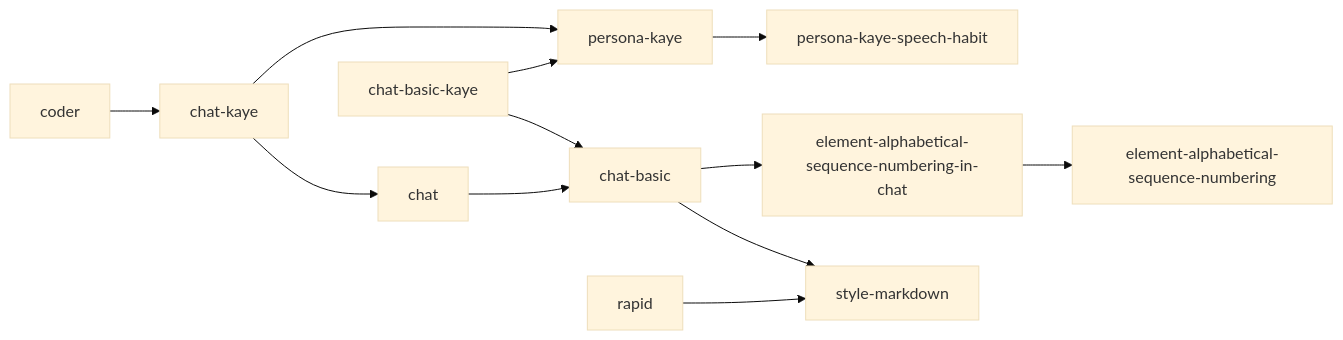
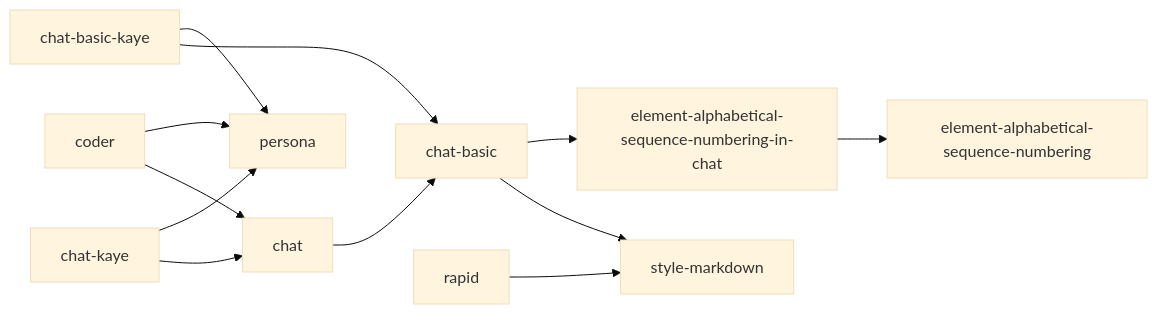
Before and after one commit to kami-lel/kaye-library: the sixth of 10 diagrams in docs/blueprint-doc.md, drawn with Mermaid (base theme). The commit also changed other lines of this file and 2 other files, not shown here.

Commit message:
sync library docs for persona kinds & {in chat}
🟢`CHANGELOG.md` record in chat, persona, Signature rename & regroup
🟡`CONTEXT.md` describe Public Kaye kind nodes & persona-free persona
🟡`blueprint-doc.md` redraw chat graph on persona; coder off chat-kaye

````diff
--- a/docs/blueprint-doc.md
+++ b/docs/blueprint-doc.md
@@ -183,14 +183,14 @@
 ```mermaid
 flowchart LR
     chat_basic["chat-basic"] --> style_markdown["style-markdown"]
     chat_basic --> element_alphabetical_sequence_numbering_in_chat["element-alphabetical-sequence-numbering-in-chat"]
     chat --> chat_basic
     chat_basic_kaye["chat-basic-kaye"] --> chat_basic
-    chat_basic_kaye --> persona_kaye["persona-kaye"]
+    chat_basic_kaye --> persona
     chat_kaye["chat-kaye"] --> chat
-    chat_kaye --> persona_kaye
-    persona_kaye --> persona_kaye_speech_habit["persona-kaye-speech-habit"]
+    chat_kaye --> persona
     element_alphabetical_sequence_numbering_in_chat --> element_alphabetical_sequence_numbering["element-alphabetical-sequence-numbering"]
-    coder --> chat_kaye
+    coder --> chat
+    coder --> persona
     rapid --> style_markdown
 ```
````
